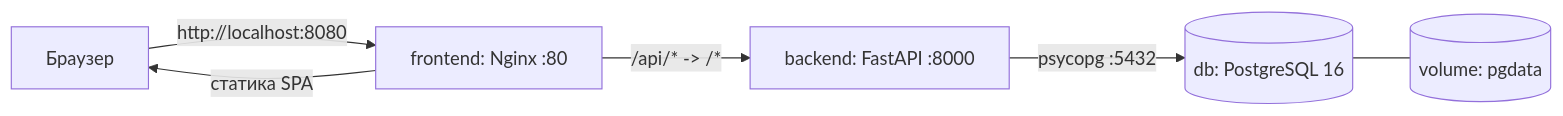
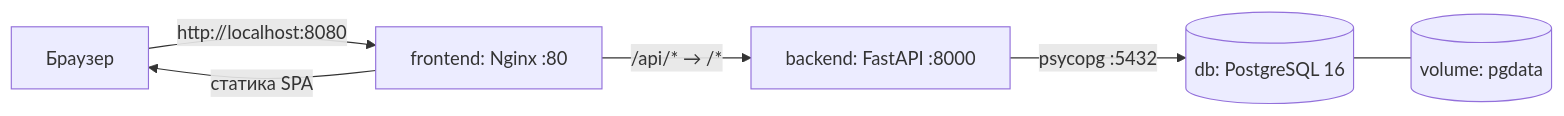
One commit to iichn/chronella changed the diagram in README.MD. Above: the diagram before and after it, drawn with Mermaid. The commit also changed other lines of this file, not shown here.

````diff
--- a/README.MD
+++ b/README.MD
@@ -11,8 +15,8 @@
 ```mermaid
 flowchart LR
-    Browser[Браузер] -->|http://localhost:8080| Frontend[frontend: Nginx :80]
-    Frontend -->|статика SPA| Browser
-    Frontend -->|/api/* -> /*| Backend[backend: FastAPI :8000]
-    Backend -->|psycopg :5432| DB[(db: PostgreSQL 16)]
-    DB --- Volume[(volume: pgdata)]
+    Browser["Браузер"] -->|"http://localhost:8080"| Frontend["frontend: Nginx :80"]
+    Frontend -->|"статика SPA"| Browser
+    Frontend -->|"/api/* → /*"| Backend["backend: FastAPI :8000"]
+    Backend -->|"psycopg :5432"| DB[("db: PostgreSQL 16")]
+    DB --- Volume[("volume: pgdata")]
 ```
````
